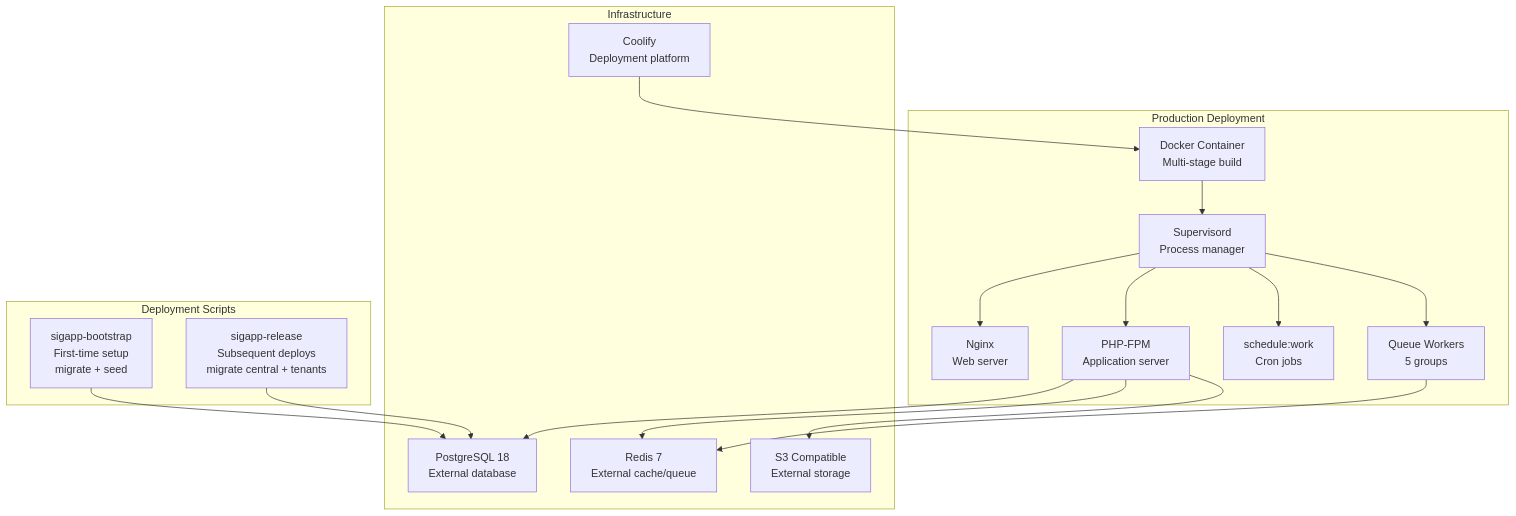
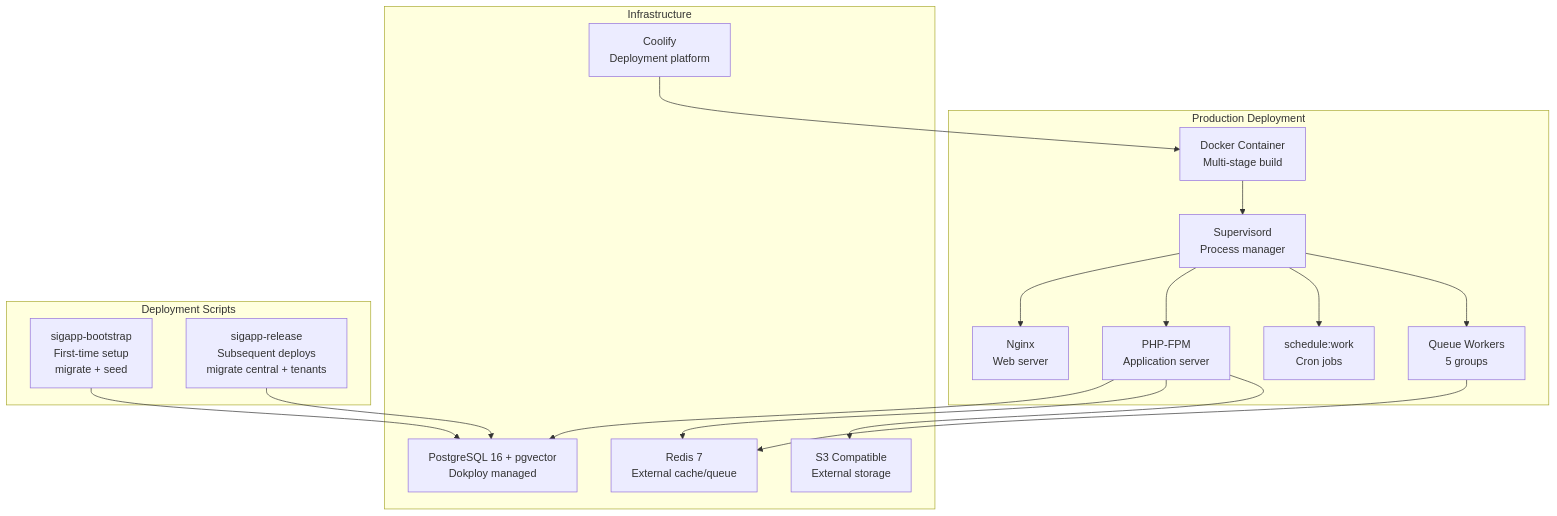
One commit to edsingm/sigapp-backend changed the tenth of 10 diagrams in docs/ARCHITECTURE_DIAGRAM.md. Above: the diagram before and after it, drawn with Mermaid. The commit also changed other lines of this file and 6 other files, not shown here.

First line of the commit message:
Align PostgreSQL and pgvector versions across CI and deployment docs

````diff
--- a/docs/ARCHITECTURE_DIAGRAM.md
+++ b/docs/ARCHITECTURE_DIAGRAM.md
@@ -440,36 +440,36 @@
 ```mermaid
 graph TB
     subgraph "Production Deployment"
         DOCKER[Docker Container<br/>Multi-stage build]
         SUPERVISOR[Supervisord<br/>Process manager]
         NGINX_PROD[Nginx<br/>Web server]
         PHP_FPM[PHP-FPM<br/>Application server]
         SCHEDULER[schedule:work<br/>Cron jobs]
         WORKERS[Queue Workers<br/>5 groups]
     end
     
     subgraph "Infrastructure"
         COOLIFY[Coolify<br/>Deployment platform]
-        PG_EXTERNAL[PostgreSQL 18<br/>External database]
+        PG_EXTERNAL[PostgreSQL 16 + pgvector<br/>Dokploy managed]
         REDIS_EXT[Redis 7<br/>External cache/queue]
         S3_EXT[S3 Compatible<br/>External storage]
     end
     
     subgraph "Deployment Scripts"
         BOOTSTRAP[sigapp-bootstrap<br/>First-time setup<br/>migrate + seed]
         RELEASE[sigapp-release<br/>Subsequent deploys<br/>migrate central + tenants]
     end
     
     DOCKER --> SUPERVISOR
     SUPERVISOR --> NGINX_PROD
     SUPERVISOR --> PHP_FPM
     SUPERVISOR --> SCHEDULER
     SUPERVISOR --> WORKERS
     COOLIFY --> DOCKER
     PHP_FPM --> PG_EXTERNAL
     PHP_FPM --> REDIS_EXT
     PHP_FPM --> S3_EXT
     WORKERS --> REDIS_EXT
     BOOTSTRAP --> PG_EXTERNAL
     RELEASE --> PG_EXTERNAL
 ```
````
